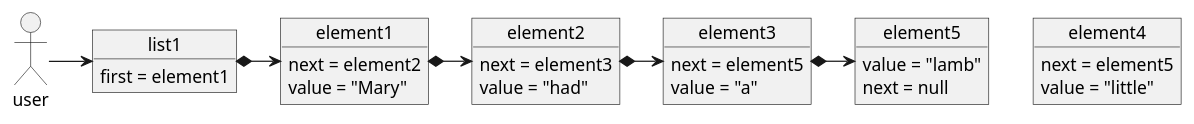
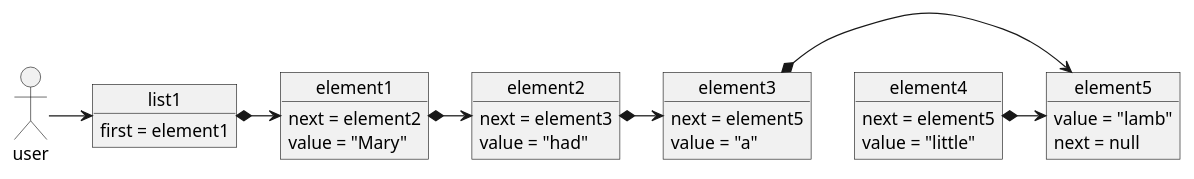
The third of 3 diagrams in assets/list-od.plantuml (Aliracker/refresher), drawn with PlantUML before and after one commit. The commit also changed 4 other files, not shown here.

Commit message:
Updated uml

```diff
--- a/assets/list-od.plantuml
+++ b/assets/list-od.plantuml
@@ -55,42 +55,43 @@
 @startuml
 allow_mixing
 
 actor user
 
 object list1 {
 	first = element1
 }
 
 user -right-> list1
 
 object element1 {
 	next = element2
 	value = "Mary"
 }
 
 object element2 {
 	next = element3
 	value = "had"
 }
 
 object element3 {
 	next = element5
 	value = "a"
 }
 
 object element4 {
 	next = element5
 	value = "little"
 }
 
 object element5 {
 	value = "lamb"
 	next = null
 }
 
 list1 *-right-> element1
 element1 *-right-> element2
 element2 *-right-> element3
 element3 *-right-> element5
+element4 *-right-> element5
 
 @enduml
```
